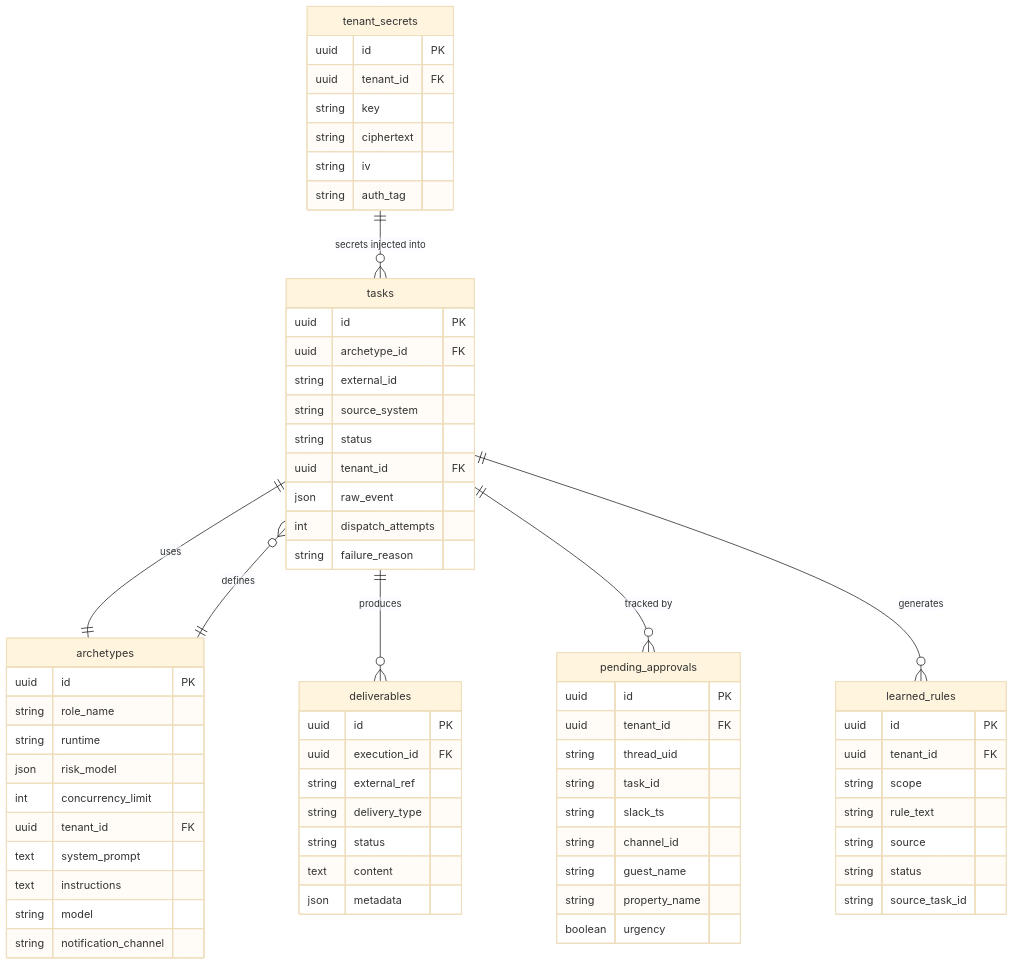
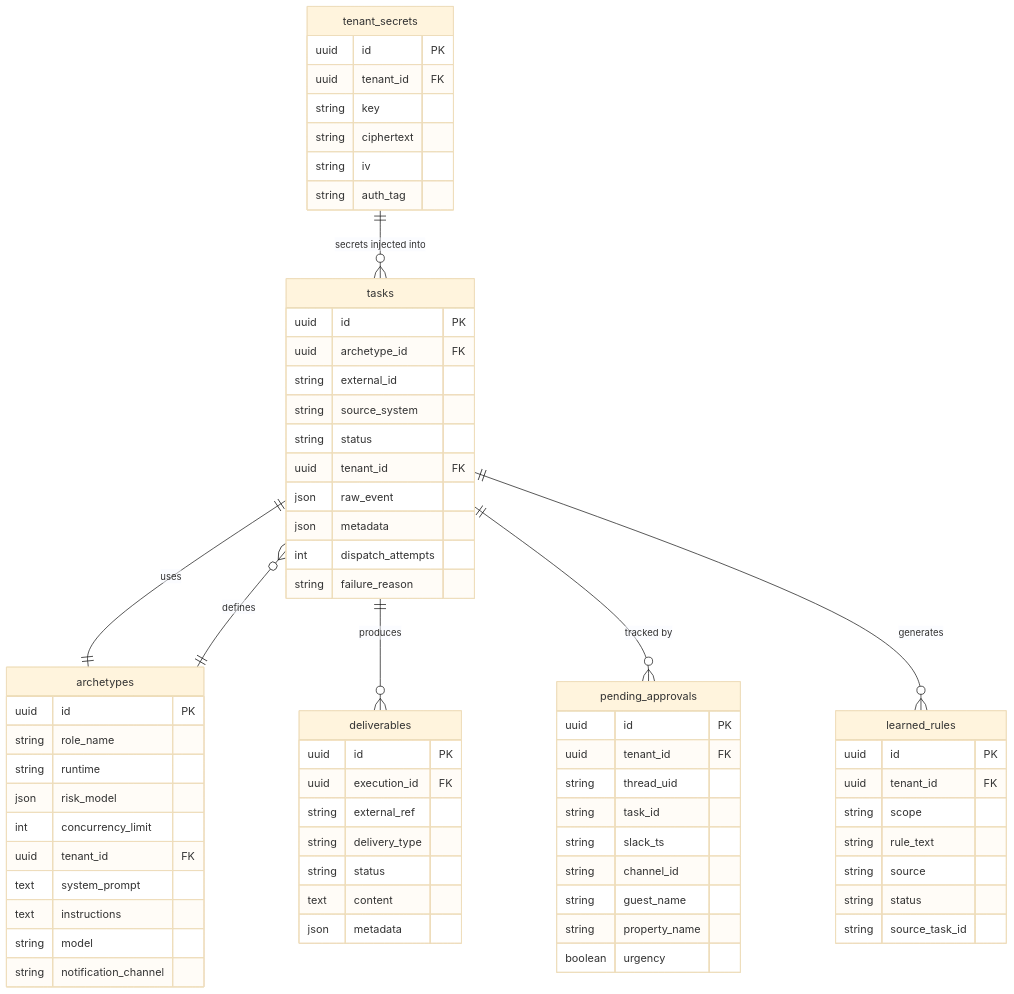
One commit to viiqswim/dozaldevs-ai-employee changed the sixth of 6 diagrams in docs/2026-05-08-1204-guest-messaging-employee-guide.md. Above: the diagram before and after it, drawn with Mermaid (base theme). The commit also changed other lines of this file and 5 other files, not shown here.

````diff
--- a/docs/2026-05-08-1204-guest-messaging-employee-guide.md
+++ b/docs/2026-05-08-1204-guest-messaging-employee-guide.md
@@ -665,75 +690,76 @@
 ```mermaid
 erDiagram
     tasks {
         uuid id PK
         uuid archetype_id FK
         string external_id
         string source_system
         string status
         uuid tenant_id FK
         json raw_event
+        json metadata
         int dispatch_attempts
         string failure_reason
     }
 
     archetypes {
         uuid id PK
         string role_name
         string runtime
         json risk_model
         int concurrency_limit
         uuid tenant_id FK
         text system_prompt
         text instructions
         string model
         string notification_channel
     }
 
     deliverables {
         uuid id PK
         uuid execution_id FK
         string external_ref
         string delivery_type
         string status
         text content
         json metadata
     }
 
     pending_approvals {
         uuid id PK
         uuid tenant_id FK
         string thread_uid
         string task_id
         string slack_ts
         string channel_id
         string guest_name
         string property_name
         boolean urgency
     }
 
     tenant_secrets {
         uuid id PK
         uuid tenant_id FK
         string key
         string ciphertext
         string iv
         string auth_tag
     }
 
     learned_rules {
         uuid id PK
         uuid tenant_id FK
         string scope
         string rule_text
         string source
         string status
         string source_task_id
     }
 
     tasks ||--|| archetypes : "uses"
     tasks ||--o{ deliverables : "produces"
     tasks ||--o{ pending_approvals : "tracked by"
     archetypes ||--o{ tasks : "defines"
     tenant_secrets ||--o{ tasks : "secrets injected into"
     tasks ||--o{ learned_rules : "generates"
 ```
````
